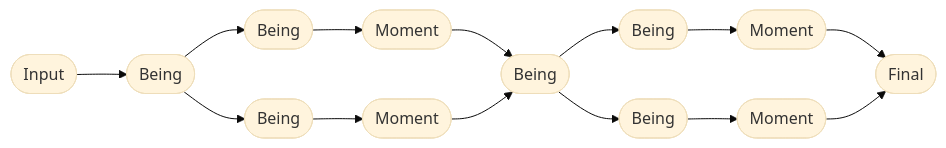
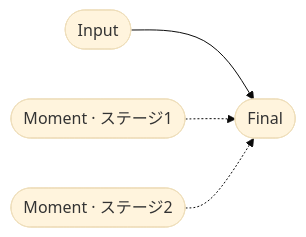
Before and after one commit to be-framework/be-demos: the seventh of 8 diagrams in README.ja.md, drawn with Mermaid (base theme). The commit also changed other lines of this file and 1 other file, not shown here.

First line of the commit message:
README: align pattern diagrams with patterns.json (CodeRabbit review)

````diff
--- a/README.ja.md
+++ b/README.ja.md
@@ -134,8 +129,6 @@
 ```mermaid
 flowchart LR
-    I([Input]) --> S([Being])
-    S --> A1([Being]) --> AM1([Moment]) --> C([Being])
-    S --> A2([Being]) --> AM2([Moment]) --> C
-    C --> D1([Being]) --> DM1([Moment]) --> F([Final])
-    C --> D2([Being]) --> DM2([Moment]) --> F
+    I([Input]) --> F([Final])
+    M1([Moment · ステージ1]) -.-> F
+    M2([Moment · ステージ2]) -.-> F
 ```
````
